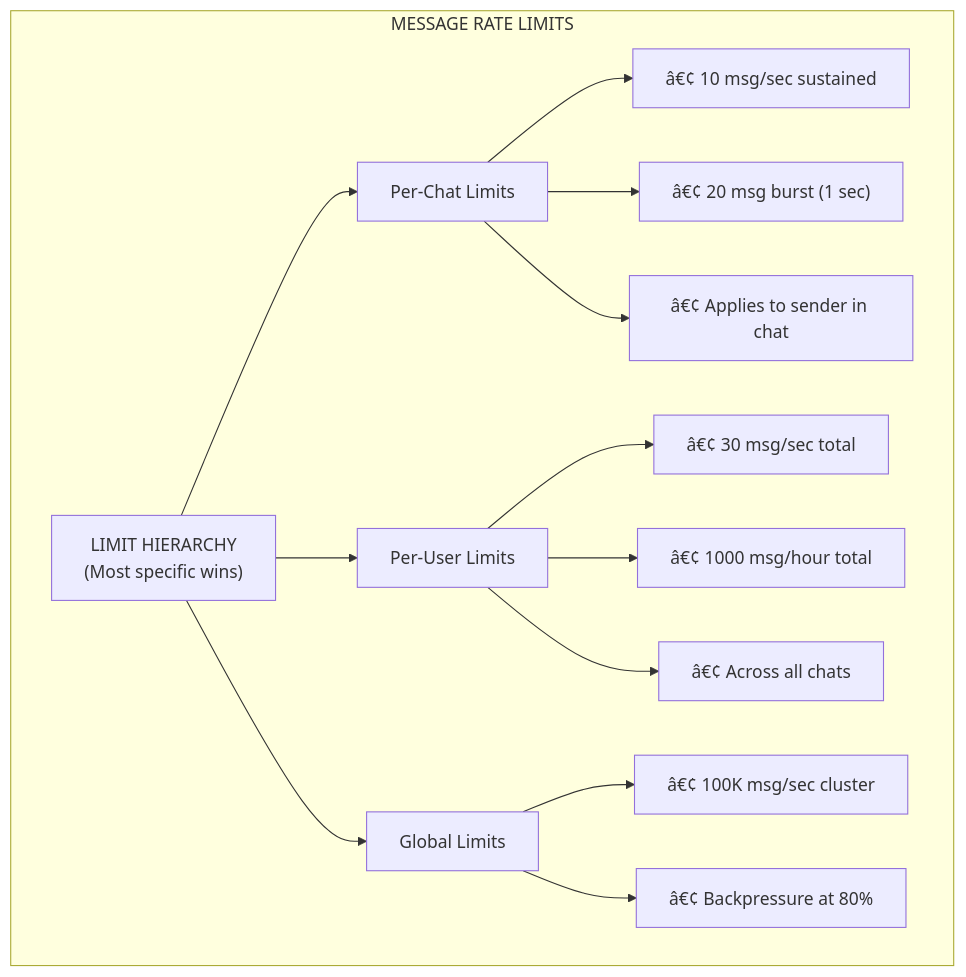
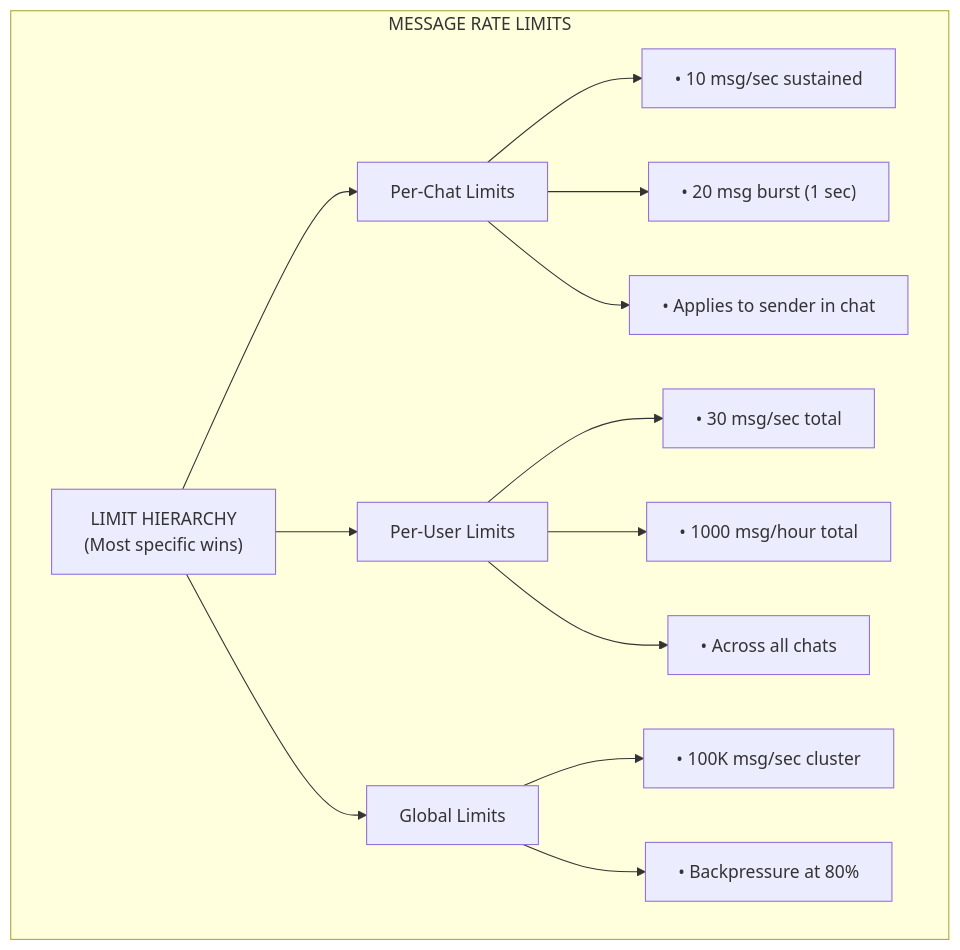
The eighth of 13 diagrams in docs/ADR-013.md (ae-lexs/realtime-messaging-platform), drawn with Mermaid before and after one commit. The commit also changed other lines of this file and 4 other files, not shown here.

````diff
--- a/docs/ADR-013.md
+++ b/docs/ADR-013.md
@@ -703,32 +703,32 @@
 ```mermaid
 flowchart TB
     subgraph Limits["MESSAGE RATE LIMITS"]
         LH["LIMIT HIERARCHY<br/>(Most specific wins)"]
         
         PERCHAT["Per-Chat Limits"]
-        PC1["â€¢ 10 msg/sec sustained"]
-        PC2["â€¢ 20 msg burst (1 sec)"]
-        PC3["â€¢ Applies to sender in chat"]
+        PC1["• 10 msg/sec sustained"]
+        PC2["• 20 msg burst (1 sec)"]
+        PC3["• Applies to sender in chat"]
         
         PERUSER["Per-User Limits"]
-        PU1["â€¢ 30 msg/sec total"]
-        PU2["â€¢ 1000 msg/hour total"]
-        PU3["â€¢ Across all chats"]
+        PU1["• 30 msg/sec total"]
+        PU2["• 1000 msg/hour total"]
+        PU3["• Across all chats"]
         
         GLOBAL["Global Limits"]
-        GL1["â€¢ 100K msg/sec cluster"]
-        GL2["â€¢ Backpressure at 80%"]
+        GL1["• 100K msg/sec cluster"]
+        GL2["• Backpressure at 80%"]
         
         LH --> PERCHAT
         PERCHAT --> PC1
         PERCHAT --> PC2
         PERCHAT --> PC3
         LH --> PERUSER
         PERUSER --> PU1
         PERUSER --> PU2
         PERUSER --> PU3
         LH --> GLOBAL
         GLOBAL --> GL1
         GLOBAL --> GL2
     end
 ```
````
